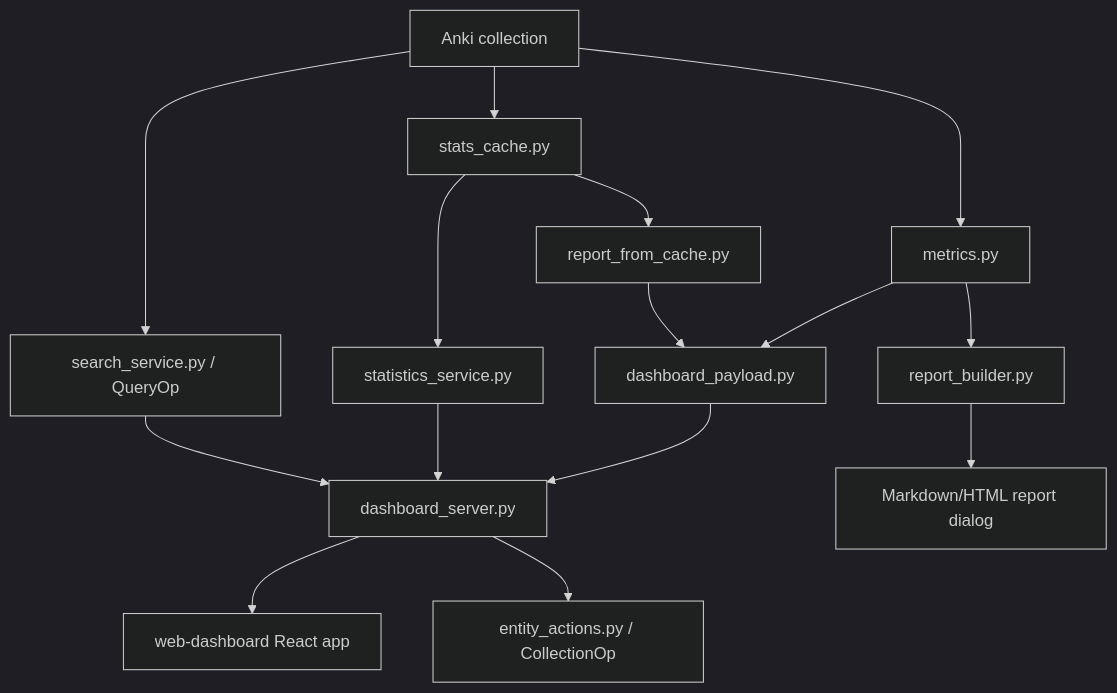
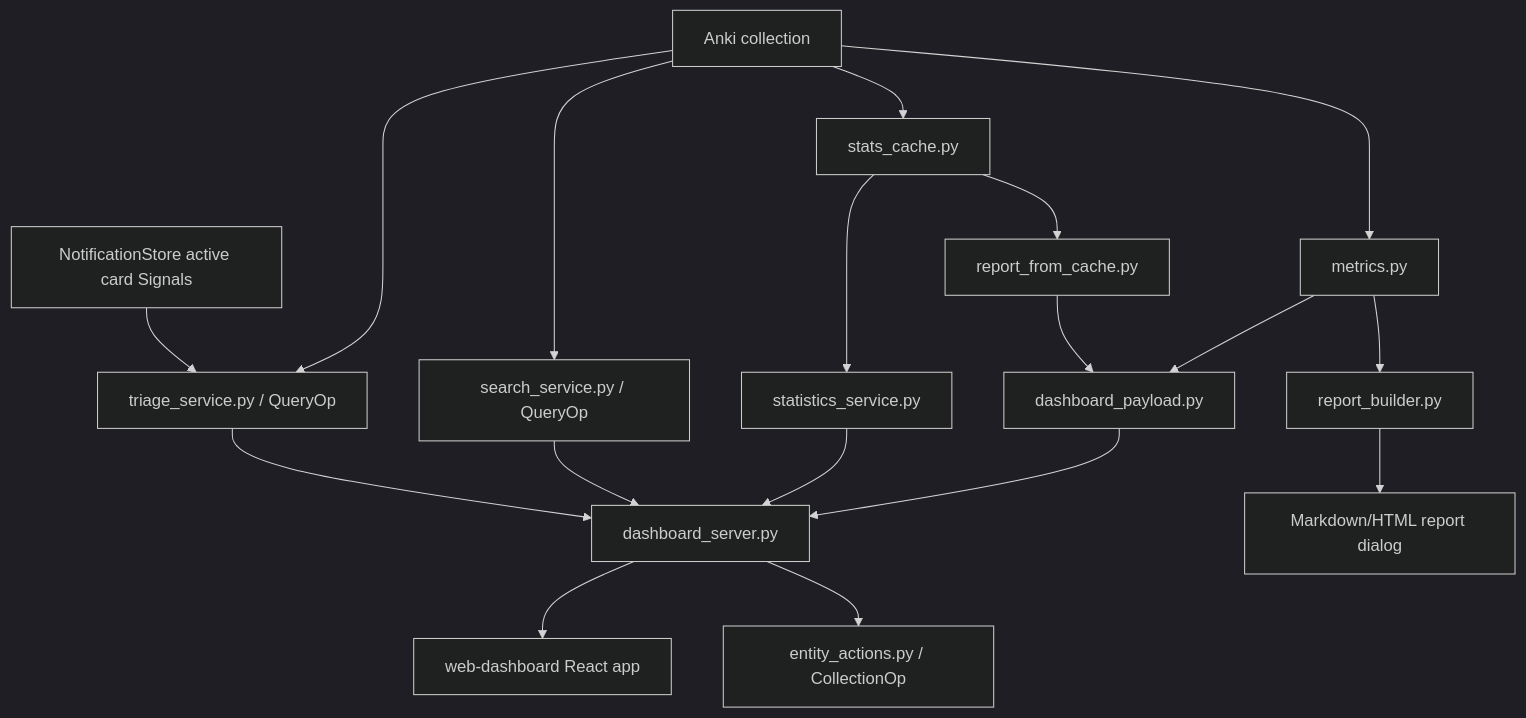
Before and after one commit to AliceLiddell01/anki-study-report: the diagram in docs/architecture.md, drawn with Mermaid (dark theme). The commit also changed other lines of this file and 412 other files, not shown here.

````diff
--- a/docs/architecture.md
+++ b/docs/architecture.md
@@ -21,17 +7,20 @@
 ```mermaid
 flowchart TD
     A["Anki collection"] --> B["metrics.py"]
     A --> C["stats_cache.py"]
     C --> D["report_from_cache.py"]
     C --> S["statistics_service.py"]
     B --> E["dashboard_payload.py"]
     D --> E
     E --> F["dashboard_server.py"]
     F --> G["web-dashboard React app"]
     S --> F
     A --> Q["search_service.py / QueryOp"]
     Q --> F
+    A --> T["triage_service.py / QueryOp"]
+    N["NotificationStore active card Signals"] --> T
+    T --> F
     F --> M["entity_actions.py / CollectionOp"]
     B --> H["report_builder.py"]
     H --> I["Markdown/HTML report dialog"]
 ```
````
